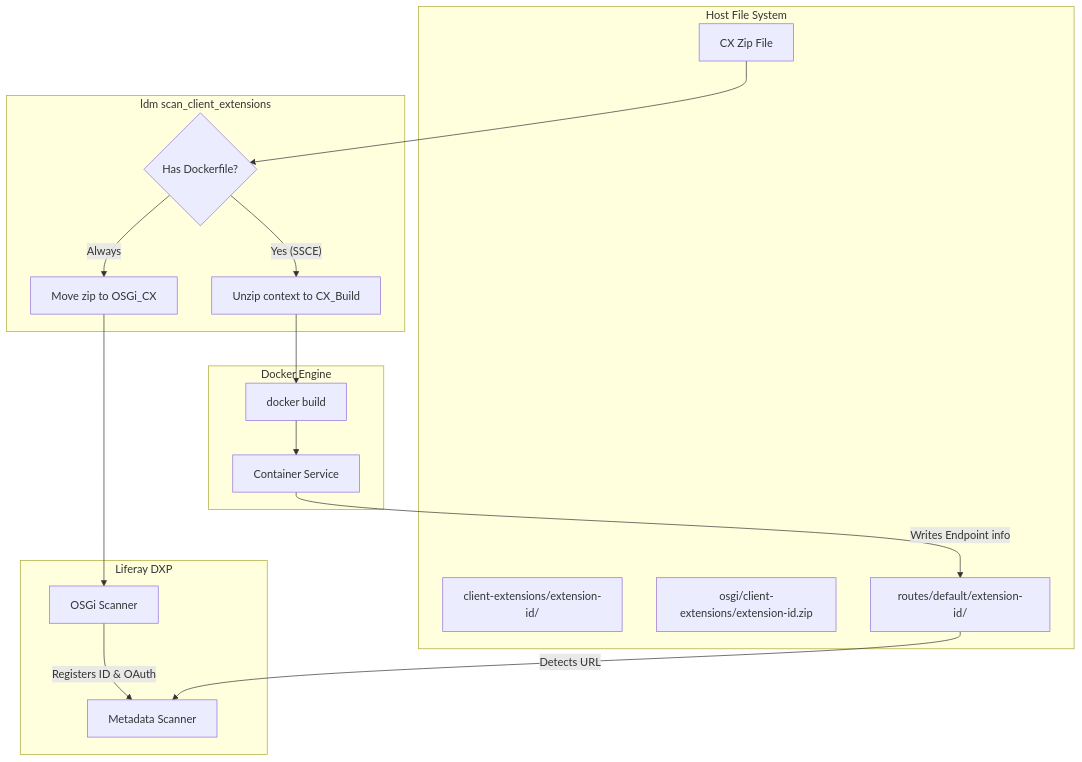
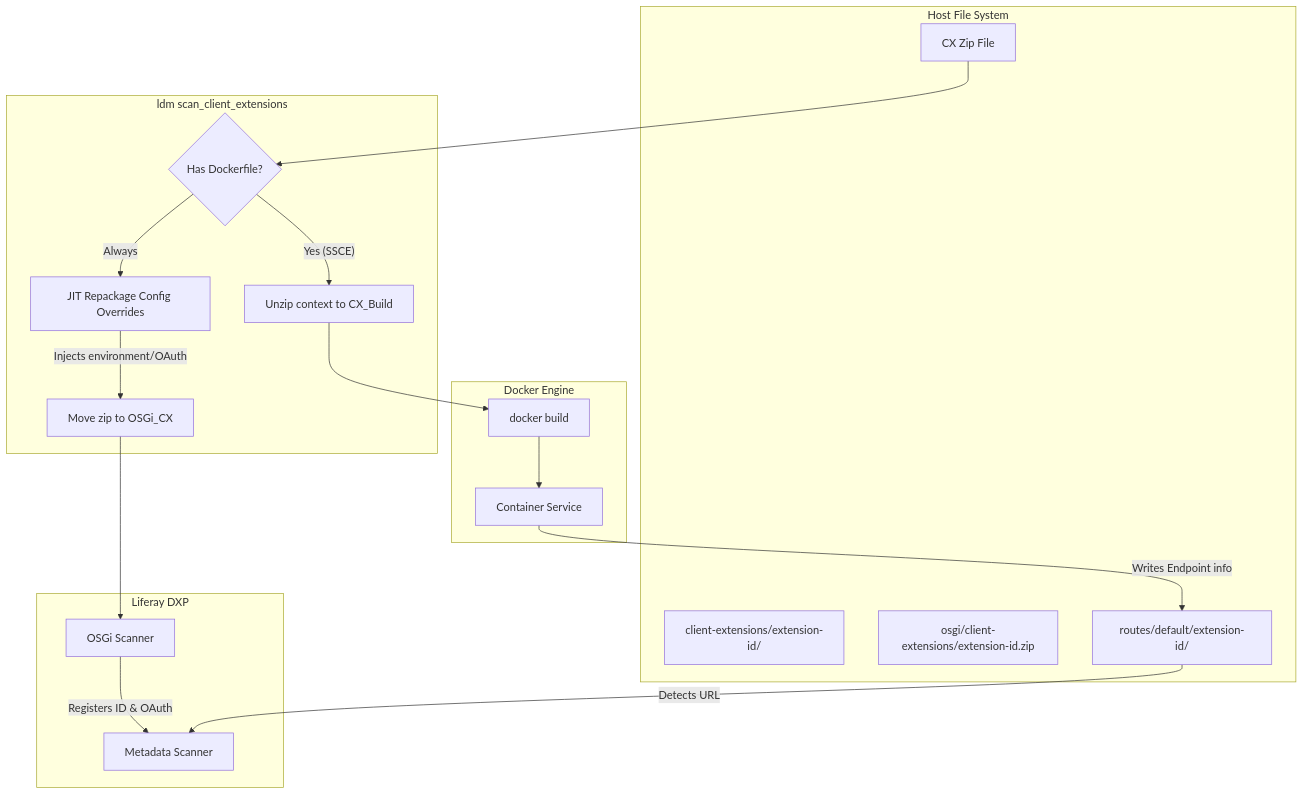
The third of 4 diagrams in docs/explanation/architecture.md (peterrichards-lr/liferay-docker-manager), drawn with Mermaid before and after one commit. The commit also changed other lines of this file and 1 other file, not shown here.

First line of the commit message:
docs: add and update Mermaid diagrams for architecture and properties

````diff
--- a/docs/explanation/architecture.md
+++ b/docs/explanation/architecture.md
@@ -130,39 +131,41 @@
 ```mermaid
 graph TD
     subgraph Host_FS [Host File System]
         Zip[CX Zip File]
         CX_Build[client-extensions/extension-id/]
         OSGi_CX[osgi/client-extensions/extension-id.zip]
         Metadata[routes/default/extension-id/]
     end
 
     subgraph LDM_Logic [ldm scan_client_extensions]
         Detect{Has Dockerfile?}
         Extract[Unzip context to CX_Build]
+        Repackage[JIT Repackage Config Overrides]
         Move[Move zip to OSGi_CX]
     end
 
     subgraph Docker_Engine [Docker Engine]
         Build[docker build]
         Run[Container Service]
     end
 
     subgraph Liferay_Runtime [Liferay DXP]
         OSGi[OSGi Scanner]
         Discovery[Metadata Scanner]
     end
 
     %% Lifecycle Flow
     Zip --> Detect
     Detect -- "Yes (SSCE)" --> Extract
-    Detect -- "Always" --> Move
+    Detect -- "Always" --> Repackage
+    Repackage -- "Injects environment/OAuth" --> Move
 
     Extract --> Build
     Build --> Run
 
     Move --> OSGi
     OSGi -- "Registers ID & OAuth" --> Discovery
 
     Run -- "Writes Endpoint info" --> Metadata
     Metadata -- "Detects URL" --> Discovery
 ```
````
